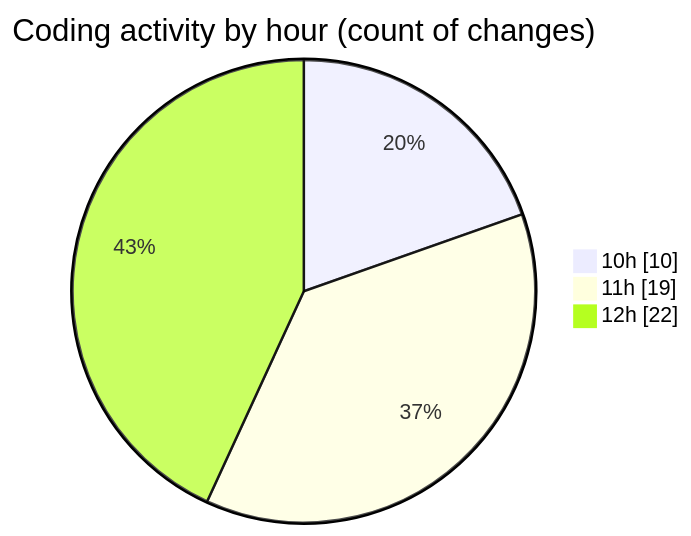
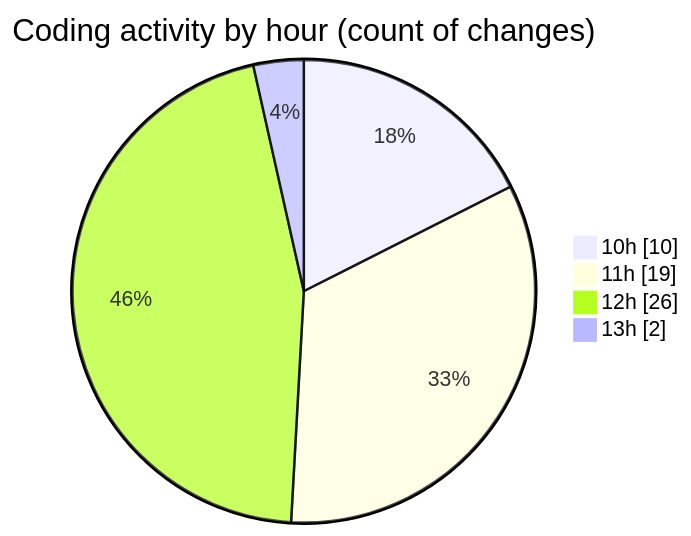
One commit to nxtqubesakshisongat/code-tracking changed the second of 2 diagrams in 2025-07-21/nxtqube_webapp/README.md. Above: the diagram before and after it, drawn with Mermaid. The commit also changed other lines of this file and 1 other file, not shown here.

````diff
--- a/2025-07-21/nxtqube_webapp/README.md
+++ b/2025-07-21/nxtqube_webapp/README.md
@@ -37,7 +37,8 @@
 ```mermaid
 pie showData
 title Coding activity by hour (count of changes)
 "10h" : 10
 "11h" : 19
-"12h" : 22
+"12h" : 26
+"13h" : 2
 ```
````
